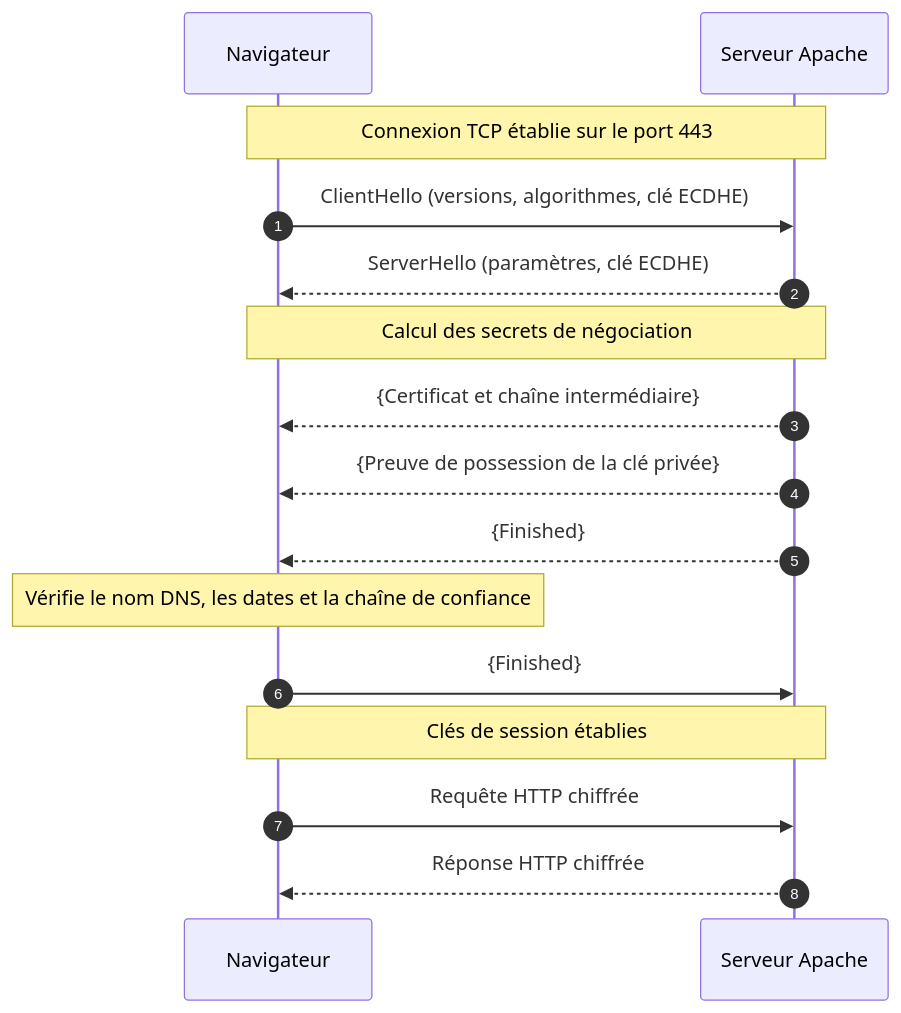
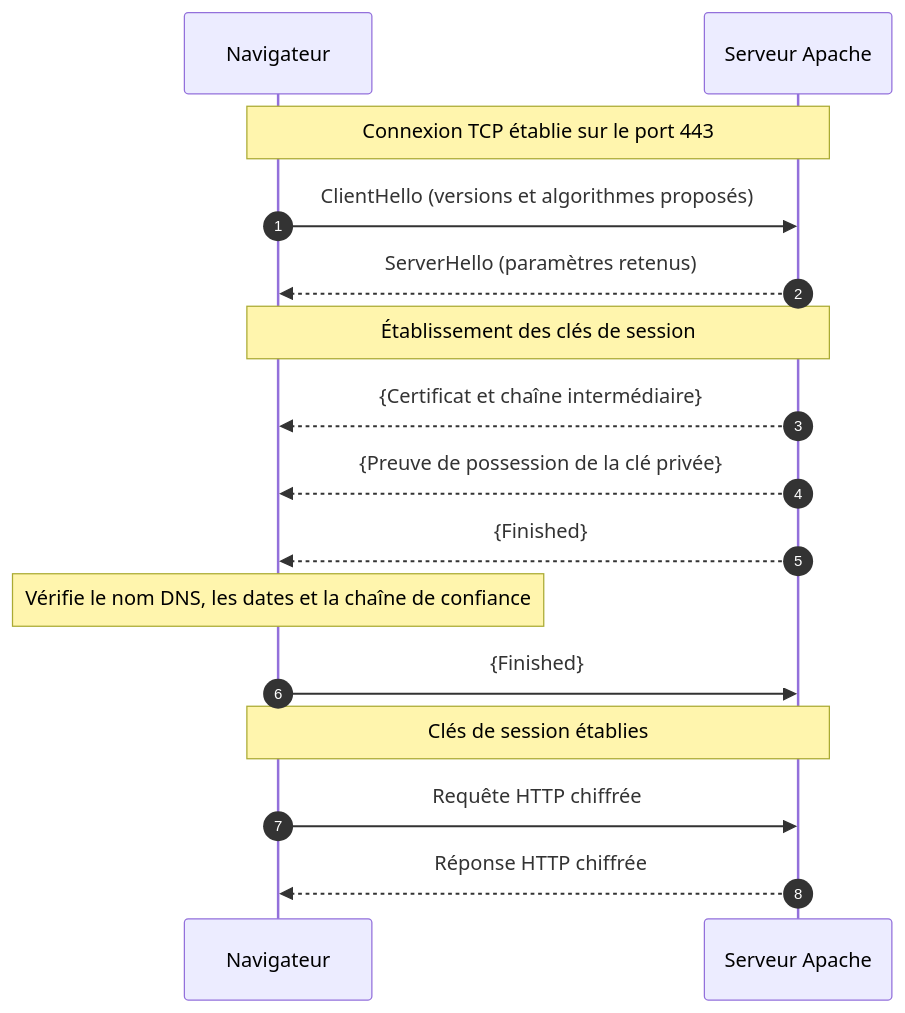
One commit to lmeryFulbert/SportLudique2026-2027 changed the first of 3 diagrams in docs/02-cours-reseau-system/05-Services/pki/01-tls-presentation.md. Above: the diagram before and after it, drawn with Mermaid. The commit also changed other lines of this file and 4 other files, not shown here.

````diff
--- a/docs/02-cours-reseau-system/05-Services/pki/01-tls-presentation.md
+++ b/docs/02-cours-reseau-system/05-Services/pki/01-tls-presentation.md
@@ -49,18 +49,18 @@
 ```mermaid
 sequenceDiagram
     autonumber
     participant N as Navigateur
     participant A as Serveur Apache
     Note over N,A: Connexion TCP établie sur le port 443
-    N->>A: ClientHello (versions, algorithmes, clé ECDHE)
-    A-->>N: ServerHello (paramètres, clé ECDHE)
-    Note over N,A: Calcul des secrets de négociation
+    N->>A: ClientHello (versions et algorithmes proposés)
+    A-->>N: ServerHello (paramètres retenus)
+    Note over N,A: Établissement des clés de session
     A-->>N: {Certificat et chaîne intermédiaire}
     A-->>N: {Preuve de possession de la clé privée}
     A-->>N: {Finished}
     Note over N: Vérifie le nom DNS, les dates et la chaîne de confiance
     N->>A: {Finished}
     Note over N,A: Clés de session établies
     N->>A: Requête HTTP chiffrée
     A-->>N: Réponse HTTP chiffrée
 ```
````
